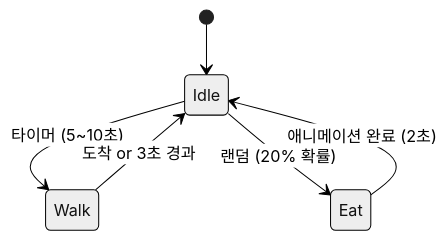
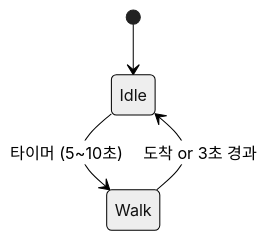
One commit to heewonle/PotatoDefense changed the third of 10 diagrams in 파머스 디펜더.md. Above: the diagram before and after it, drawn with Mermaid (neutral theme). The commit also changed other lines of this file and 153 other files, not shown here.

````diff
--- a/파머스 디펜더.md
+++ b/파머스 디펜더.md
@@ -1145,8 +1142,6 @@
 ```mermaid
 stateDiagram-v2
     [*] --> Idle
     Idle --> Walk: 타이머 (5~10초)
     Walk --> Idle: 도착 or 3초 경과
-    Idle --> Eat: 랜덤 (20% 확률)
-    Eat --> Idle: 애니메이션 완료 (2초)
 ```
````
